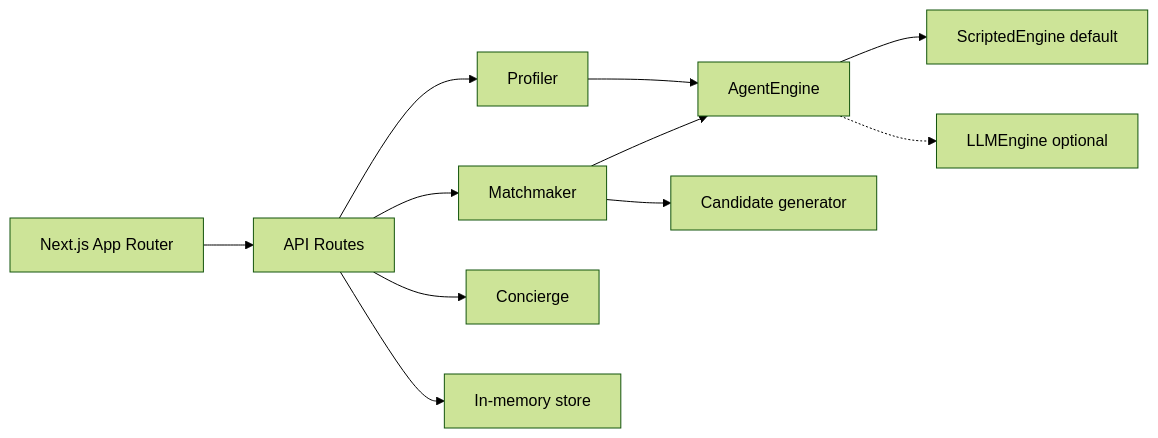
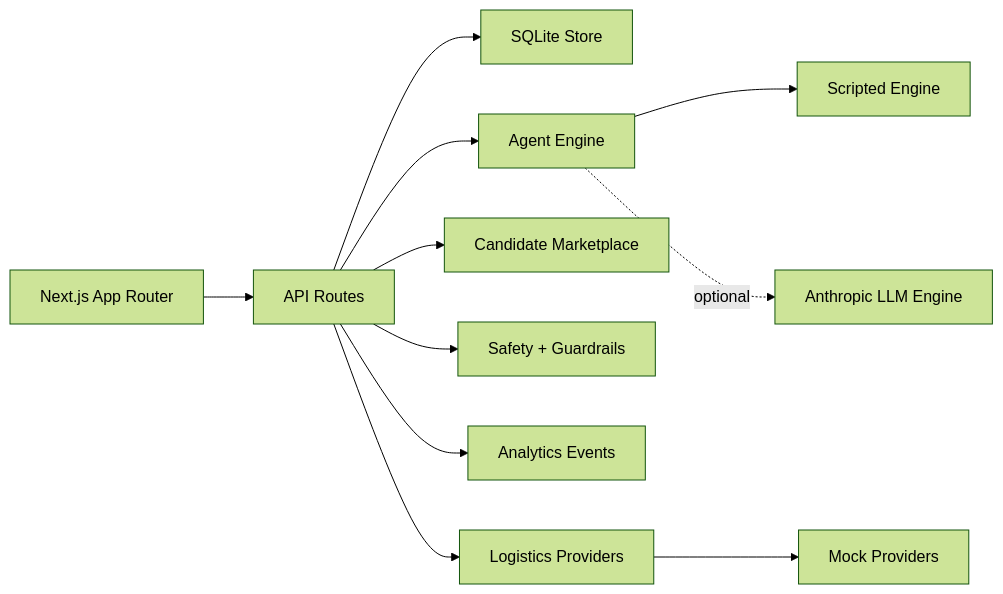
One commit to angellocodestoo/agenticdatingapp changed the diagram in README.md. Above: the diagram before and after it, drawn with Mermaid (forest theme). The commit also changed other lines of this file, not shown here.

````diff
--- a/README.md
+++ b/README.md
@@ -126,13 +84,13 @@
 ```mermaid
 flowchart LR
   UI[Next.js App Router] --> API[API Routes]
-  API --> Profiler[Profiler]
-  API --> Matchmaker[Matchmaker]
-  API --> Concierge[Concierge]
-  Profiler --> Engine[AgentEngine]
-  Matchmaker --> Engine
-  Engine --> Scripted[ScriptedEngine default]
-  Engine -.-> LLM[LLMEngine optional]
-  Matchmaker --> Gen[Candidate generator]
-  API --> Store[In-memory store]
+  API --> Store[SQLite Store]
+  API --> Agent[Agent Engine]
+  API --> Market[Candidate Marketplace]
+  API --> Safety[Safety + Guardrails]
+  API --> Analytics[Analytics Events]
+  API --> Logistics[Logistics Providers]
+  Agent --> Scripted[Scripted Engine]
+  Agent -. optional .-> LLM[Anthropic LLM Engine]
+  Logistics --> Mock[Mock Providers]
 ```
````
